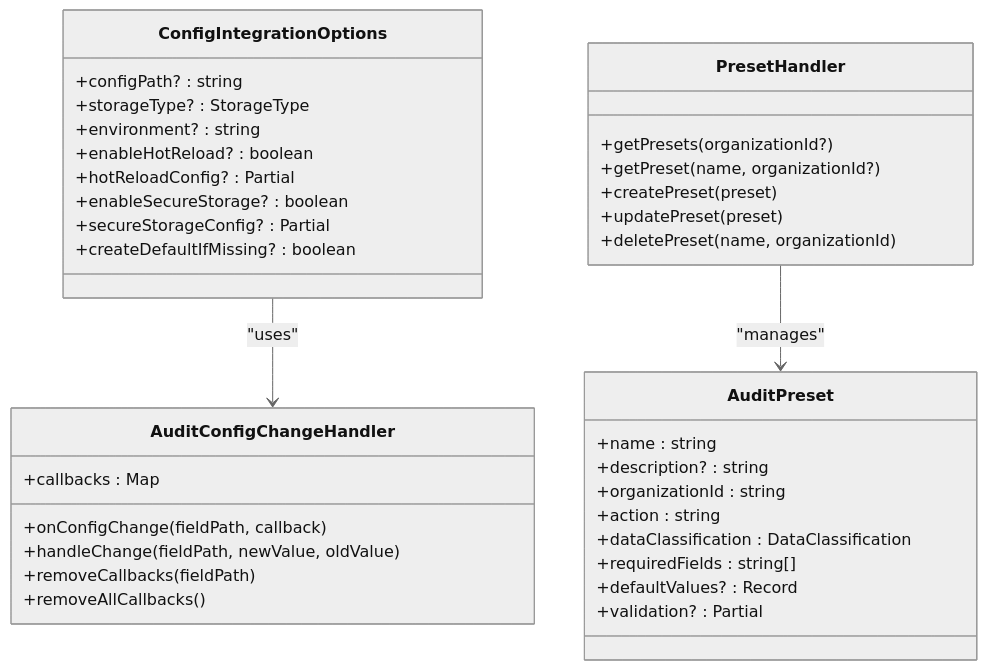
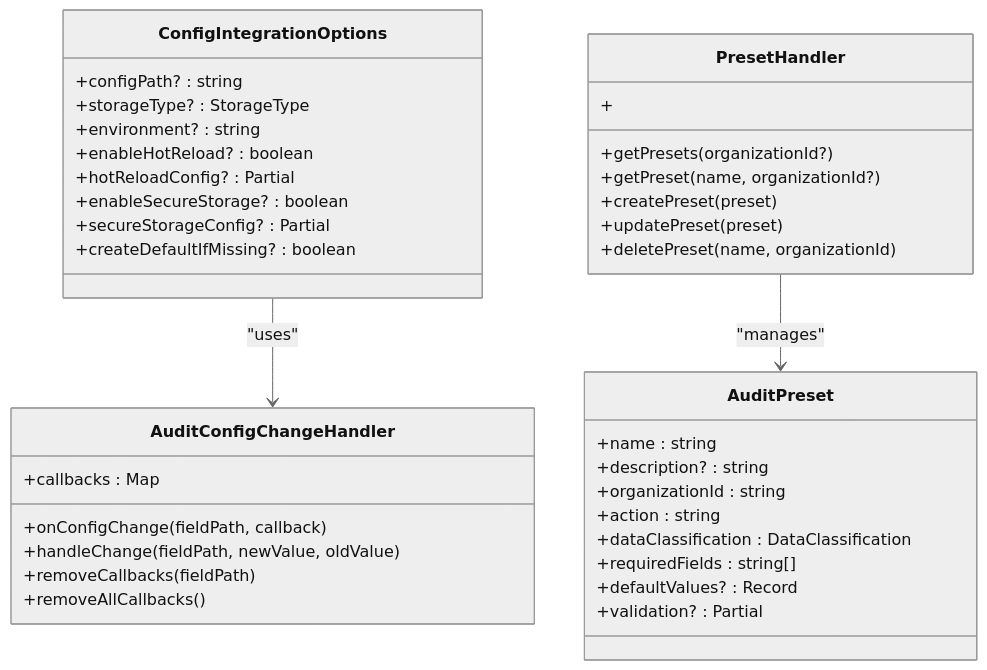
The ninth of 13 diagrams in .qoder/repowiki/en/content/Audit Core System/Configuration Management/Configuration Schema and Types.md (smedrec/smart-logs), drawn with Mermaid (neutral theme) before and after one commit. The commit also changed other lines of this file and 21 other files, not shown here.

````diff
--- a/.qoder/repowiki/en/content/Audit Core System/Configuration Management/Configuration Schema and Types.md
+++ b/.qoder/repowiki/en/content/Audit Core System/Configuration Management/Configuration Schema and Types.md
@@ -420,39 +437,39 @@
 ```mermaid
 classDiagram
 class ConfigIntegrationOptions {
 +configPath? : string
 +storageType? : StorageType
 +environment? : string
 +enableHotReload? : boolean
 +hotReloadConfig? : Partial<HotReloadConfig>
 +enableSecureStorage? : boolean
 +secureStorageConfig? : Partial<SecureStorageConfig>
 +createDefaultIfMissing? : boolean
 }
 class AuditConfigChangeHandler {
 +callbacks : Map<string, Function[]>
 +onConfigChange(fieldPath, callback)
 +handleChange(fieldPath, newValue, oldValue)
 +removeCallbacks(fieldPath)
 +removeAllCallbacks()
 }
 class PresetHandler {
 +getPresets(organizationId?)
 +getPreset(name, organizationId?)
 +createPreset(preset)
 +updatePreset(preset)
 +deletePreset(name, organizationId)
-}
++}
 class AuditPreset {
 +name : string
 +description? : string
 +organizationId : string
 +action : string
 +dataClassification : DataClassification
 +requiredFields : string[]
 +defaultValues? : Record<string, any>
 +validation? : Partial<ValidationConfig>
 }
 ConfigIntegrationOptions --> AuditConfigChangeHandler : "uses"
 PresetHandler --> AuditPreset : "manages"
 ```
````
